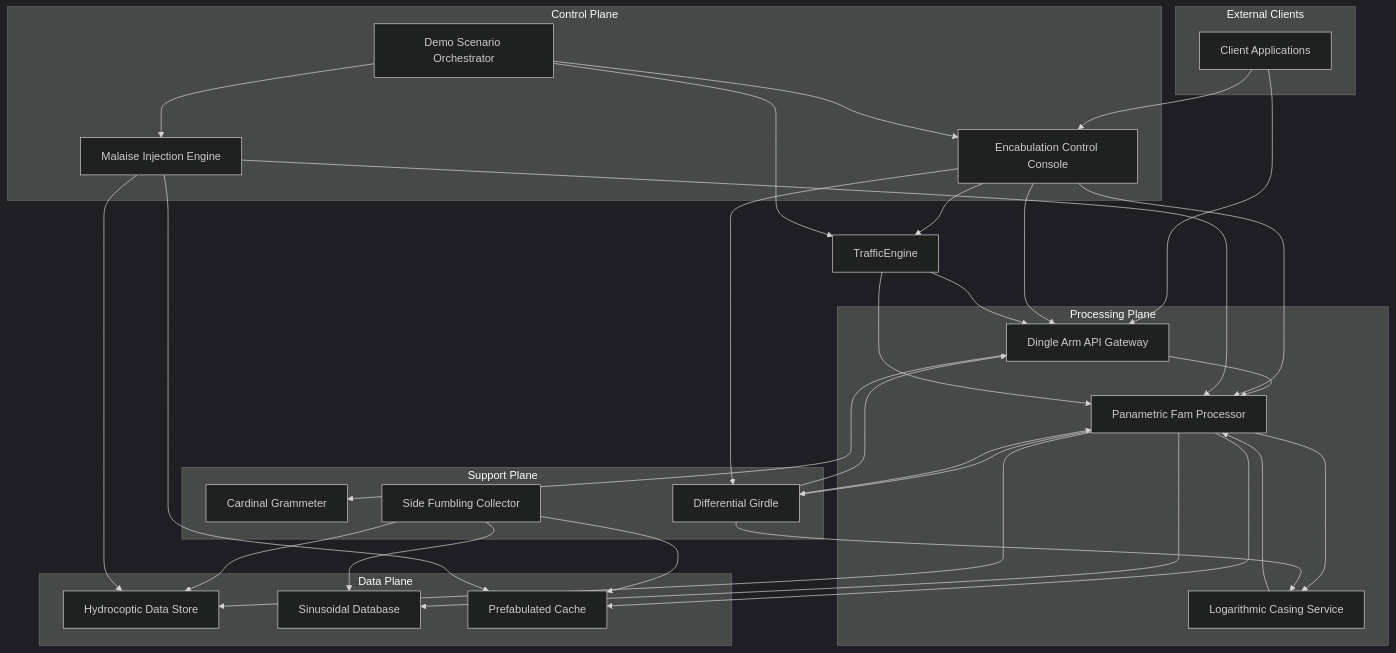
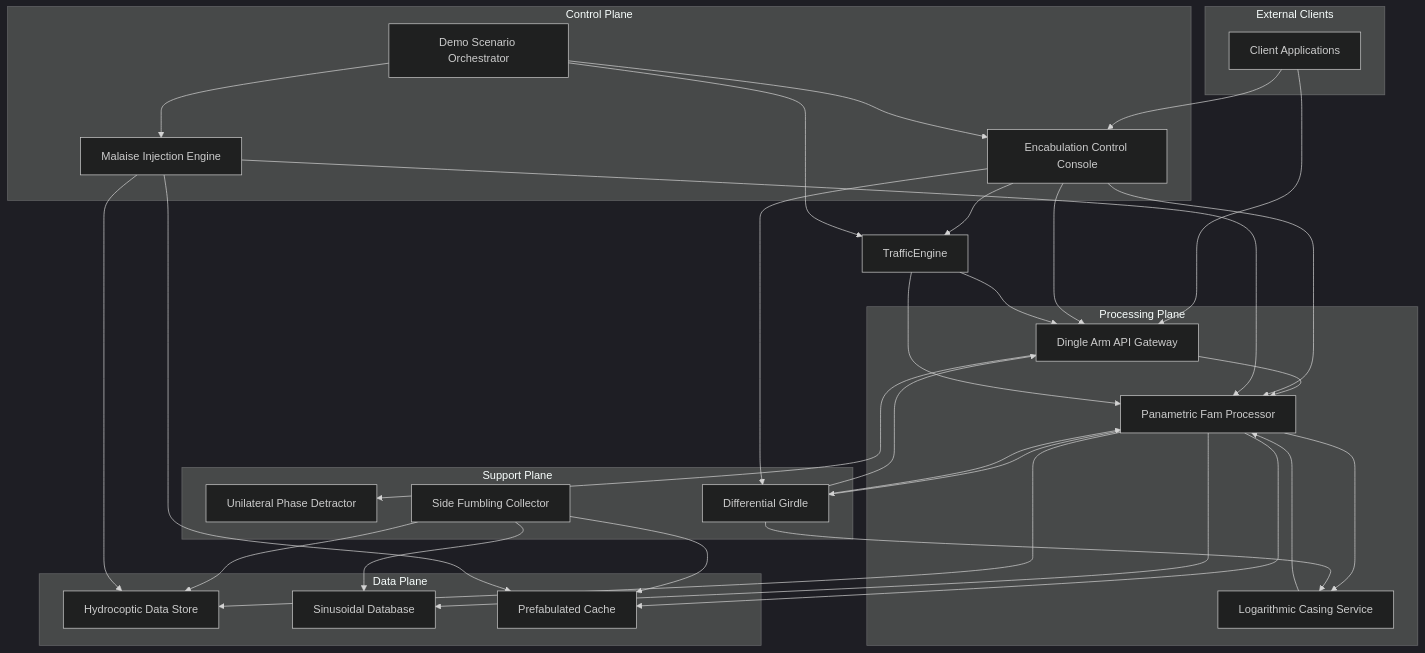
One commit to cloud-native-encabulator/encabulator changed the first of 3 diagrams in .kiro/specs/cloud-native-encabulator-microservices/design.md. Above: the diagram before and after it, drawn with Mermaid (dark theme). The commit also changed other lines of this file and 2 other files, not shown here.

````diff
--- a/.kiro/specs/cloud-native-encabulator-microservices/design.md
+++ b/.kiro/specs/cloud-native-encabulator-microservices/design.md
@@ -20,59 +20,59 @@
 ```mermaid
 graph TD
     subgraph "External Clients"
         Client[Client Applications]
     end
 
     subgraph "Processing Plane"
         Gateway[Dingle Arm API Gateway]
         Processor[Panametric Fam Processor]
         MessageBroker[Logarithmic Casing Service]
     end
 
     subgraph "Data Plane"
         PrimaryDB[Hydrocoptic Data Store]
         TimeSeriesDB[Sinusoidal Database]
         Cache[Prefabulated Cache]
     end
 
     subgraph "Support Plane"
-        Auth[Cardinal Grammeter]
+        Auth[Unilateral Phase Detractor]
         Config[Differential Girdle]
         ResourceMgr[Side Fumbling Collector]
     end
 
     subgraph "Control Plane"
         ControlConsole[Encabulation Control Console]
         ChaosEngine[Malaise Injection Engine]
         DemoOrchestrator[Demo Scenario Orchestrator]
     end
 
     Client --> Gateway
     Client --> ControlConsole
     Gateway --> Auth
     Gateway --> Processor
     Processor --> PrimaryDB
     Processor --> TimeSeriesDB
     Processor --> Cache
     Processor --> MessageBroker
     MessageBroker --> Processor
     Processor --> Config
     ResourceMgr --> PrimaryDB
     ResourceMgr --> TimeSeriesDB
     ResourceMgr --> Cache
     Config --> Processor
     Config --> Gateway
     Config --> MessageBroker
     ControlConsole --> Config
     ControlConsole --> Processor
     ControlConsole --> Gateway
     ControlConsole --> TrafficEngine
     ChaosEngine --> Processor
     ChaosEngine --> PrimaryDB
     ChaosEngine --> Cache
     TrafficEngine --> Gateway
     TrafficEngine --> Processor
     DemoOrchestrator --> ControlConsole
     DemoOrchestrator --> ChaosEngine
     DemoOrchestrator --> TrafficEngine
 ```
````
